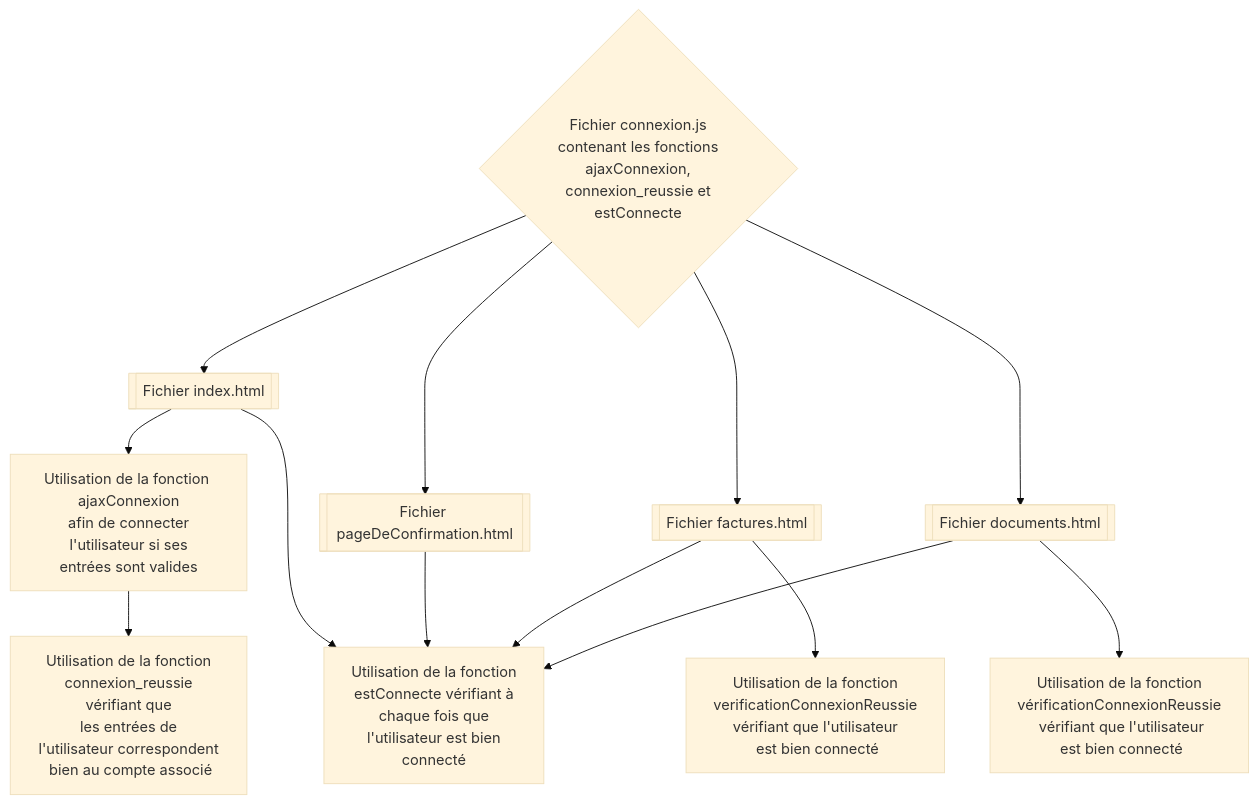
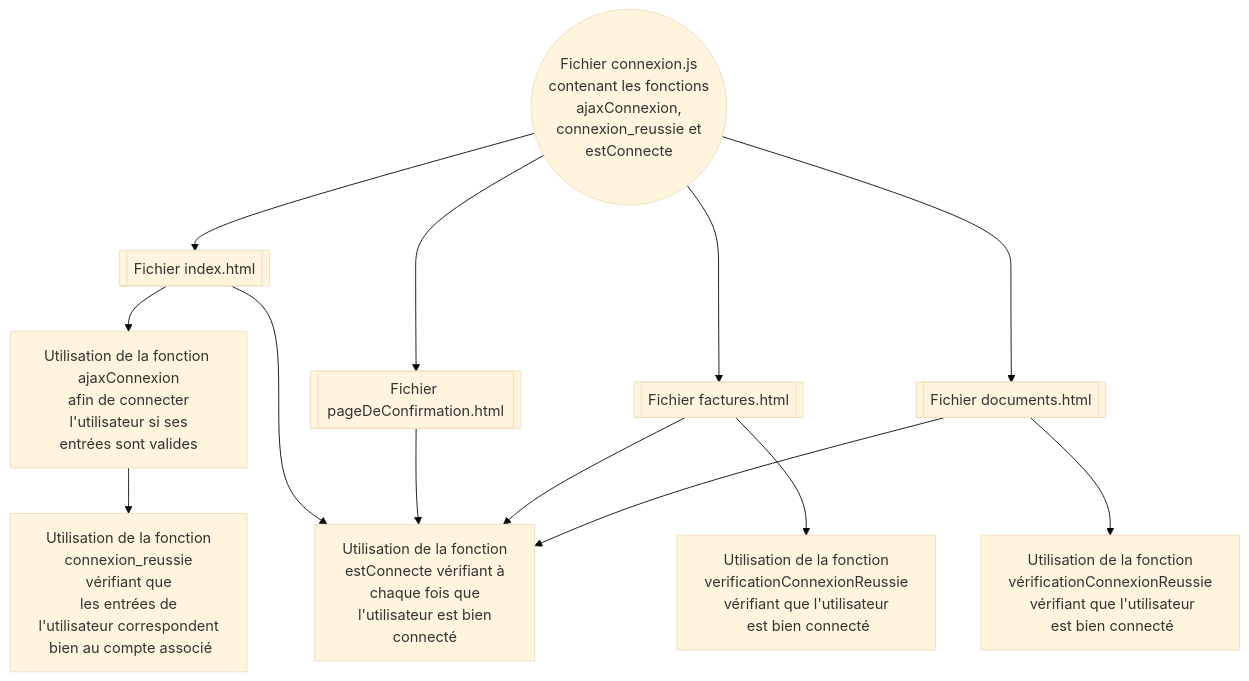
One commit to Alexis-LF/projet-site-securise changed the fourth of 10 diagrams in FRONT_END/README.md. Above: the diagram before and after it, drawn with Mermaid (base theme). The commit also changed other lines of this file, not shown here.

````diff
--- a/FRONT_END/README.md
+++ b/FRONT_END/README.md
@@ -143,28 +148,28 @@
 ```mermaid
 
 flowchart TD;
 
     %% racine
 
-    idajax{Fichier connexion.js\n contenant les fonctions ajaxConnexion,\n connexion_reussie et estConnecte}
+    idajax((Fichier connexion.js\n contenant les fonctions ajaxConnexion,\n connexion_reussie et estConnecte))
     idajax-->idindex[[Fichier index.html]]
     idajax-->idconfirm[[Fichier pageDeConfirmation.html]]
     idajax-->idfactures[[Fichier factures.html]]
     idajax-->iddocuments[[Fichier documents.html]]
 
     idindex-->idindex2[Utilisation de la fonction ajaxConnexion\n afin de connecter l'utilisateur si ses\nentrées sont valides]
     idindex--->idindex3[Utilisation de la fonction\n estConnecte vérifiant à\n chaque fois que\n l'utilisateur est bien\n connecté]
 
     idindex2-->idindex4[Utilisation de la fonction\n connexion_reussie vérifiant que\n les entrées de l'utilisateur correspondent\n bien au compte associé]
 
     idconfirm-->idindex3
 
     idfactures-->idfactures2[Utilisation de la fonction\nverificationConnexionReussie\nvérifiant que l'utilisateur\n est bien connecté]
     idfactures-->idindex3
     
     iddocuments-->iddocuments2[Utilisation de la fonction\nvérificationConnexionReussie\n vérifiant que l'utilisateur\n est bien connecté ]
     iddocuments-->idindex3
     
 
    
 ```
````
